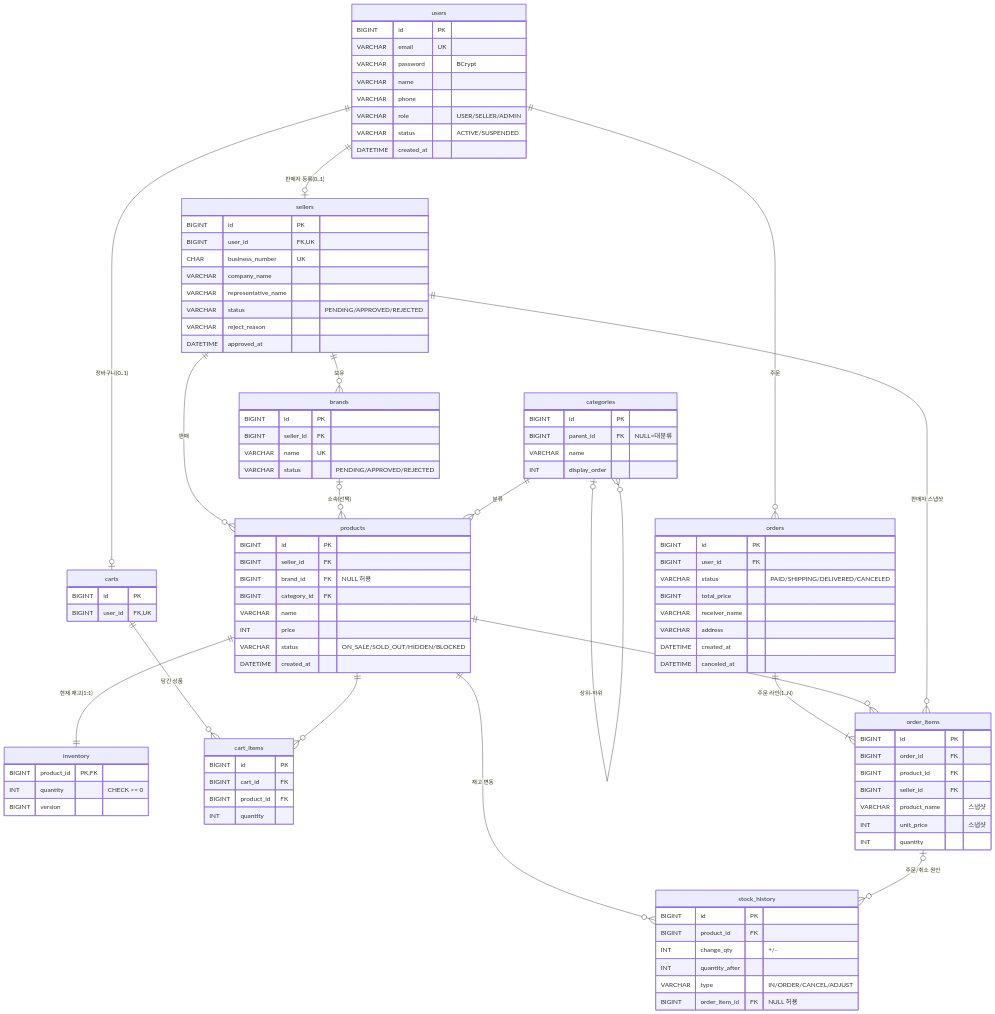
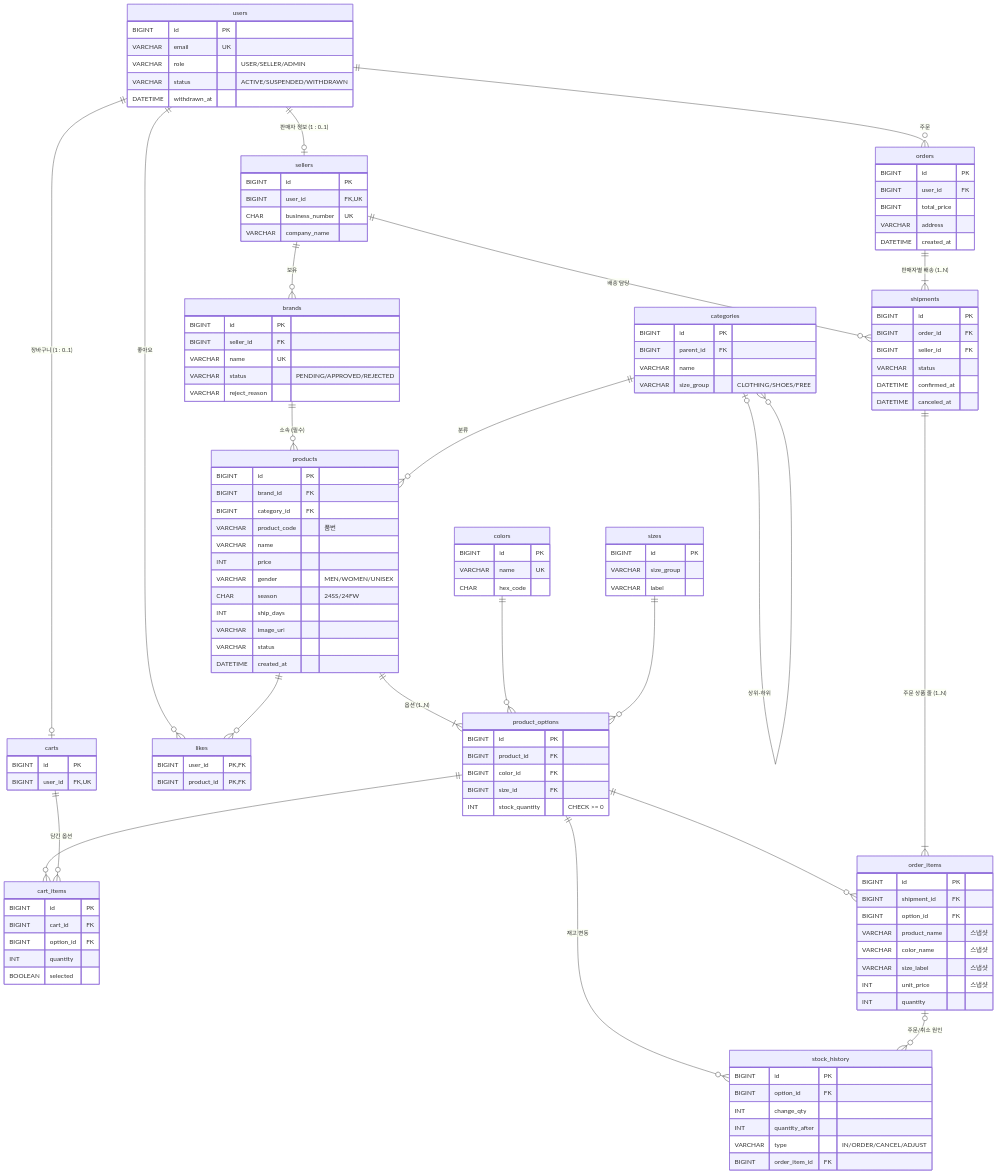
Before and after one commit to SSU-Database-Project/Backend: the diagram in README.md, drawn with Mermaid. The commit also changed other lines of this file and 75 other files, not shown here.

````diff
--- a/README.md
+++ b/README.md
@@ -140,76 +148,90 @@
 ```mermaid
 erDiagram
-    users ||--o| sellers : "판매자 등록(0..1)"
-    users ||--o| carts : "장바구니(0..1)"
+    users ||--o| sellers : "판매자 정보 (1 : 0..1)"
+    users ||--o| carts : "장바구니 (1 : 0..1)"
     users ||--o{ orders : "주문"
+    users ||--o{ likes : "좋아요"
     sellers ||--o{ brands : "보유"
-    sellers ||--o{ products : "판매"
-    brands |o--o{ products : "소속(선택)"
+    sellers ||--o{ shipments : "배송 담당"
+    brands ||--o{ products : "소속 (필수)"
     categories ||--o{ products : "분류"
     categories |o--o{ categories : "상위-하위"
-    products ||--|| inventory : "현재 재고(1:1)"
-    products ||--o{ stock_history : "재고 변동"
-    carts ||--o{ cart_items : "담긴 상품"
-    products ||--o{ cart_items : ""
-    orders ||--|{ order_items : "주문 라인(1..N)"
-    products ||--o{ order_items : ""
-    sellers ||--o{ order_items : "판매자 스냅샷"
+    products ||--|{ product_options : "옵션 (1..N)"
+    products ||--o{ likes : ""
+    colors ||--o{ product_options : ""
+    sizes ||--o{ product_options : ""
+    product_options ||--o{ stock_history : "재고 변동"
+    product_options ||--o{ cart_items : ""
+    product_options ||--o{ order_items : ""
+    carts ||--o{ cart_items : "담긴 옵션"
+    orders ||--|{ shipments : "판매자별 배송 (1..N)"
+    shipments ||--|{ order_items : "주문 상품 줄 (1..N)"
     order_items |o--o{ stock_history : "주문/취소 원인"
 
     users {
         BIGINT id PK
         VARCHAR email UK
-        VARCHAR password "BCrypt"
-        VARCHAR name
-        VARCHAR phone
         VARCHAR role "USER/SELLER/ADMIN"
-        VARCHAR status "ACTIVE/SUSPENDED"
-        DATETIME created_at
+        VARCHAR status "ACTIVE/SUSPENDED/WITHDRAWN"
+        DATETIME withdrawn_at
     }
     sellers {
         BIGINT id PK
         BIGINT user_id FK,UK
         CHAR business_number UK
         VARCHAR company_name
-        VARCHAR representative_name
-        VARCHAR status "PENDING/APPROVED/REJECTED"
-        VARCHAR reject_reason
-        DATETIME approved_at
     }
     brands {
         BIGINT id PK
         BIGINT seller_id FK
         VARCHAR name UK
         VARCHAR status "PENDING/APPROVED/REJECTED"
+        VARCHAR reject_reason
     }
     categories {
         BIGINT id PK
-        BIGINT parent_id FK "NULL=대분류"
+        BIGINT parent_id FK
         VARCHAR name
-        INT display_order
+        VARCHAR size_group "CLOTHING/SHOES/FREE"
     }
     products {
         BIGINT id PK
-        BIGINT seller_id FK
-        BIGINT brand_id FK "NULL 허용"
+        BIGINT brand_id FK
         BIGINT category_id FK
+        VARCHAR product_code "품번"
         VARCHAR name
         INT price
-        VARCHAR status "ON_SALE/SOLD_OUT/HIDDEN/BLOCKED"
+        VARCHAR gender "MEN/WOMEN/UNISEX"
+        CHAR season "24SS/24FW"
+        INT ship_days
+        VARCHAR image_url
+        VARCHAR status
         DATETIME created_at
     }
-    inventory {
-        BIGINT product_id PK,FK
-        INT quantity "CHECK >= 0"
-        BIGINT version
+    colors {
+        BIGINT id PK
+        VARCHAR name UK
+        CHAR hex_code
+    }
+    sizes {
+        BIGINT id PK
+        VARCHAR size_group
+        VARCHAR label
+    }
+    product_options {
+        BIGINT id PK
+        BIGINT product_id FK
+        BIGINT color_id FK
+        BIGINT size_id FK
+        INT stock_quantity "CHECK >= 0"
     }
     stock_history {
         BIGINT id PK
-        BIGINT product_id FK
-        INT change_qty "+/-"
+        BIGINT option_id FK
+        INT change_qty
         INT quantity_after
         VARCHAR type "IN/ORDER/CANCEL/ADJUST"
-        BIGINT order_item_id FK "NULL 허용"
+        BIGINT order_item_id FK
     }
     carts {
         BIGINT id PK
@@ -218,25 +240,36 @@
     cart_items {
         BIGINT id PK
         BIGINT cart_id FK
-        BIGINT product_id FK
+        BIGINT option_id FK
         INT quantity
+        BOOLEAN selected
+    }
+    likes {
+        BIGINT user_id PK,FK
+        BIGINT product_id PK,FK
     }
     orders {
         BIGINT id PK
         BIGINT user_id FK
-        VARCHAR status "PAID/SHIPPING/DELIVERED/CANCELED"
         BIGINT total_price
-        VARCHAR receiver_name
         VARCHAR address
         DATETIME created_at
+    }
+    shipments {
+        BIGINT id PK
+        BIGINT order_id FK
+        BIGINT seller_id FK
+        VARCHAR status
+        DATETIME confirmed_at
         DATETIME canceled_at
     }
     order_items {
         BIGINT id PK
-        BIGINT order_id FK
-        BIGINT product_id FK
-        BIGINT seller_id FK
+        BIGINT shipment_id FK
+        BIGINT option_id FK
         VARCHAR product_name "스냅샷"
+        VARCHAR color_name "스냅샷"
+        VARCHAR size_label "스냅샷"
         INT unit_price "스냅샷"
         INT quantity
     }
````
